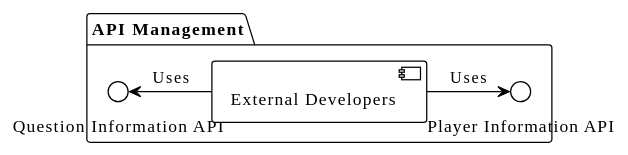
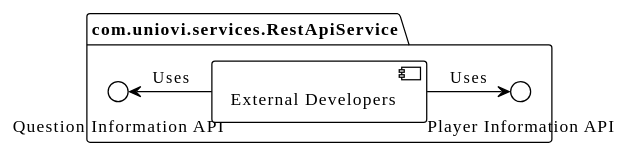
Before and after one commit to Arquisoft/wiq_es04b: the third of 3 diagrams in docs/src/05_building_block_view.adoc, drawn with PlantUML. The commit also changed other lines of this file and 1 other file, not shown here.

```diff
--- a/docs/src/05_building_block_view.adoc
+++ b/docs/src/05_building_block_view.adoc
@@ -111,15 +114,15 @@
 [plantuml,"level3",png]
 ----
 @startuml
 !theme plain
 
-package "API Management" {
+package "com.uniovi.services.RestApiService" {
   interface "Player Information API" as PlayerAPI
   interface "Question Information API" as QuestAPI
 
   [External Developers] -right-> PlayerAPI : Uses
   [External Developers] -left-> QuestAPI : Uses
 }
 
 @enduml
 ----
```
